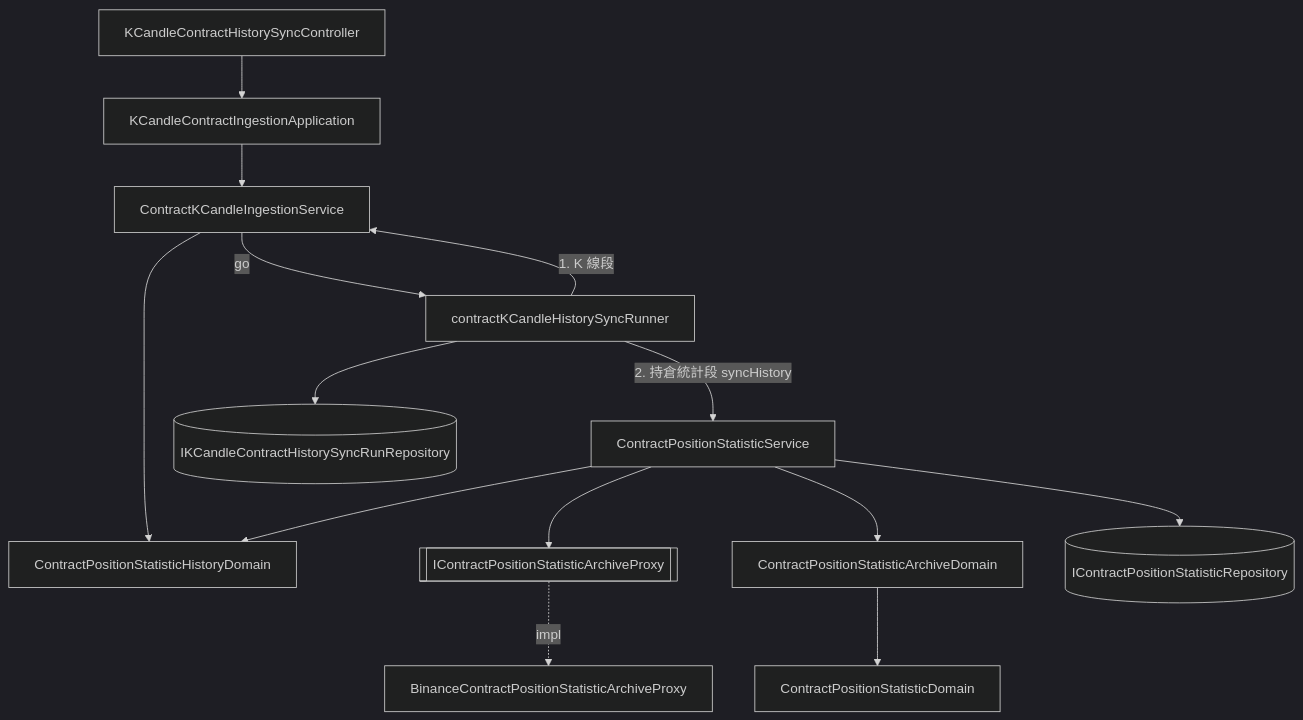
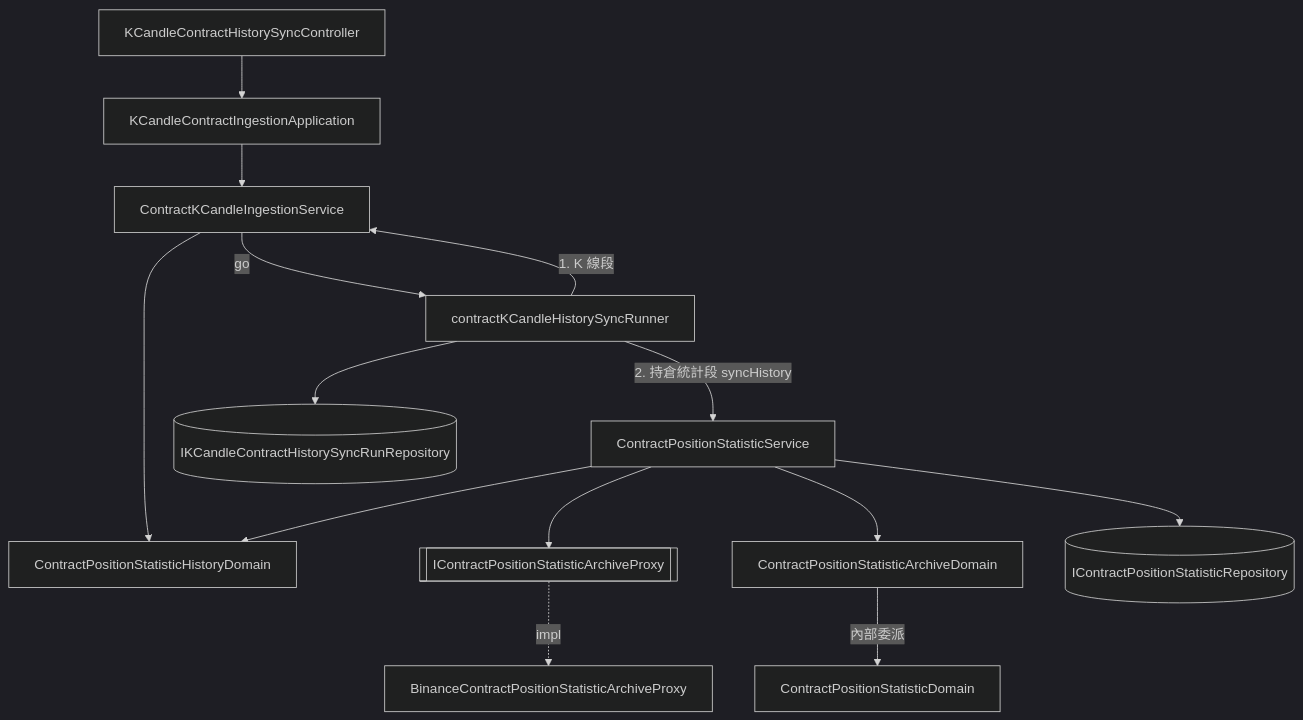
The diagram in .sdd/2026-09-25-contract-position-statistic-history-sync/ARCH.md (CodeMachine0121/go-trading), drawn with Mermaid (dark theme) before and after one commit. The commit also changed other lines of this file, not shown here.

````diff
--- a/.sdd/2026-09-25-contract-position-statistic-history-sync/ARCH.md
+++ b/.sdd/2026-09-25-contract-position-statistic-history-sync/ARCH.md
@@ -77,16 +77,16 @@
 ```mermaid
 flowchart TD
     Controller[KCandleContractHistorySyncController] --> App[KCandleContractIngestionApplication]
     App --> Ingestion[ContractKCandleIngestionService]
     Ingestion -->|go| Runner[contractKCandleHistorySyncRunner]
     Runner -->|1. K 線段| Ingestion
     Runner -->|2. 持倉統計段 syncHistory| StatService[ContractPositionStatisticService]
     Ingestion --> History[ContractPositionStatisticHistoryDomain]
     StatService --> History
     StatService --> Archive[[IContractPositionStatisticArchiveProxy]]
     StatService --> ArchiveDomain[ContractPositionStatisticArchiveDomain]
-    ArchiveDomain --> StatDomain[ContractPositionStatisticDomain]
+    ArchiveDomain -->|內部委派| StatDomain[ContractPositionStatisticDomain]
     StatService --> StatRepo[(IContractPositionStatisticRepository)]
     Runner --> RunRepo[(IKCandleContractHistorySyncRunRepository)]
     Archive -.impl.-> Binance[BinanceContractPositionStatisticArchiveProxy]
 ```
````
